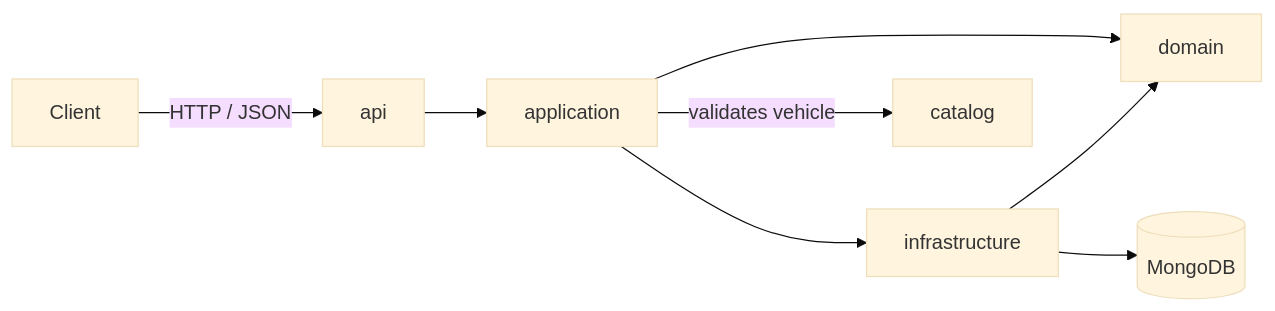
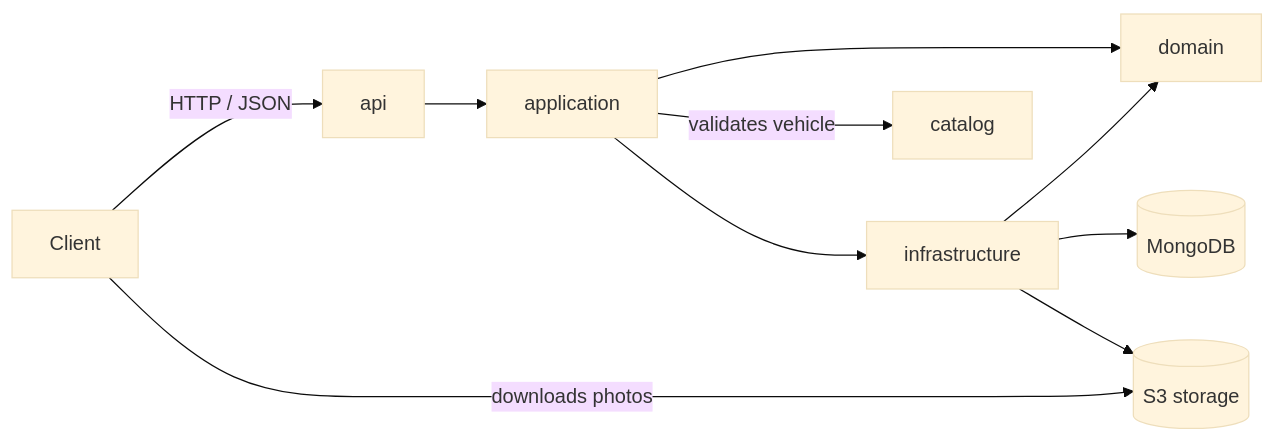
One commit to Wissem-Ayed/car-marketplace-api changed the diagram in README.md. Above: the diagram before and after it, drawn with Mermaid (base theme). The commit also changed other lines of this file and 31 other files, not shown here.

````diff
--- a/README.md
+++ b/README.md
@@ -56,10 +60,12 @@
 ```mermaid
 flowchart LR
     Client -->|HTTP / JSON| API[api]
     API --> APP[application]
     APP --> DOMAIN[domain]
     APP --> INFRA[infrastructure]
     INFRA --> DOMAIN
     INFRA --> DB[(MongoDB)]
+    INFRA --> S3[(S3 storage)]
+    Client -->|downloads photos| S3
     APP -->|validates vehicle| CATALOG[catalog]
 ```
````
